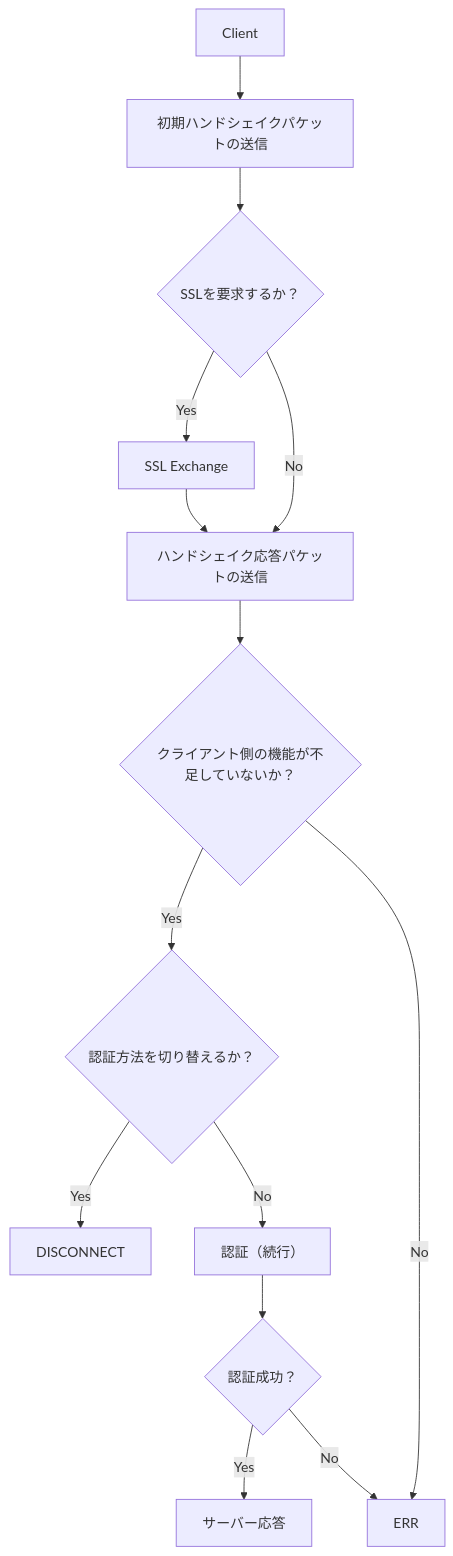
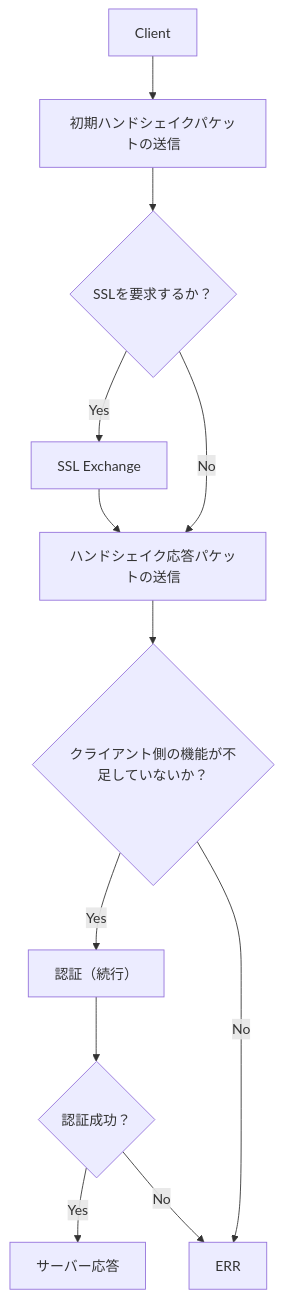
One commit to ren-yamanashi/minesql changed the second of 4 diagrams in docs/architecture/server/protocol/life-cycle.md. Above: the diagram before and after it, drawn with Mermaid. The commit also changed other lines of this file and 4 other files, not shown here.

````diff
--- a/docs/architecture/server/protocol/life-cycle.md
+++ b/docs/architecture/server/protocol/life-cycle.md
@@ -50,20 +50,18 @@
 ```mermaid
 graph TD
 
 Client
 --> InitHandshake[初期ハンドシェイクパケットの送信]
 --> IsSSL{SSLを要求するか？}
 IsSSL -->|Yes| SSL[SSL Exchange]
 IsSSL -->|No| ClientResponse[ハンドシェイク応答パケットの送信]
 SSL --> ClientResponse
 
 ClientResponse --> ClientOK{クライアント側の機能が不足していないか？}
-ClientOK -->|Yes| SwitchAuth{認証方法を切り替えるか？}
+ClientOK -->|Yes| Auth[認証（続行）]
 ClientOK -->|No| ERR
 
-SwitchAuth -->|Yes| DISCONNECT
-SwitchAuth -->|No| Auth[認証（続行）]
 Auth --> AuthOK{認証成功？}
 AuthOK -->|Yes| ServerResponse[サーバー応答]
 AuthOK -->|No| ERR
 ```
````
